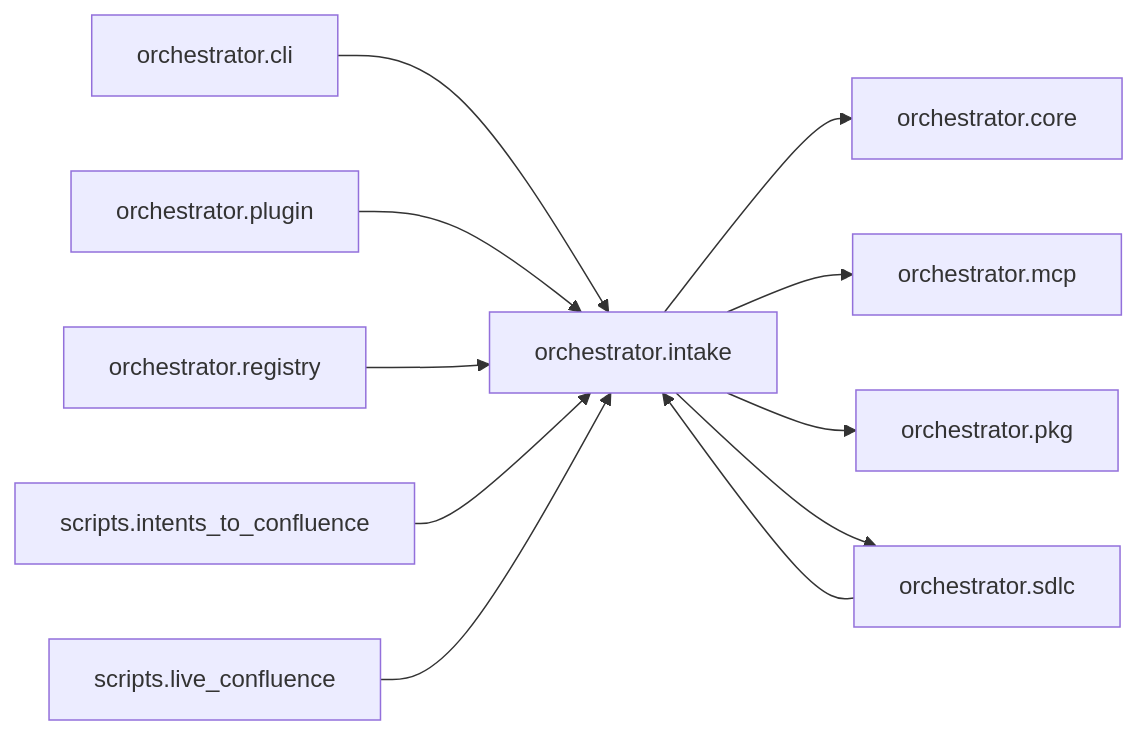
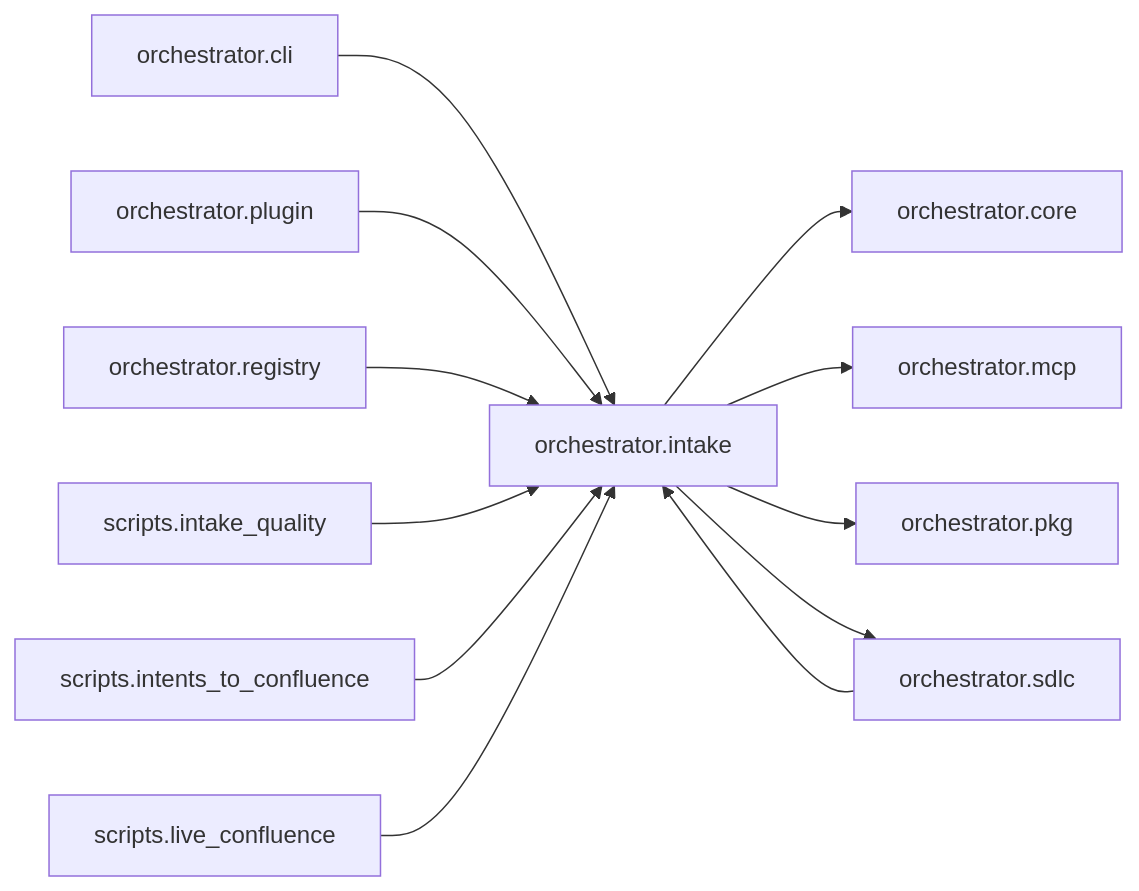
Before and after one commit to synaptixs/spine: the diagram in episteme/areas/orchestrator.intake.md, drawn with Mermaid. The commit also changed other lines of this file and 31 other files, not shown here.

````diff
--- a/episteme/areas/orchestrator.intake.md
+++ b/episteme/areas/orchestrator.intake.md
@@ -8,23 +8,25 @@
 ```mermaid
 flowchart LR
   n0["orchestrator.intake"]
   n1["orchestrator.cli"]
   n2["orchestrator.plugin"]
   n3["orchestrator.registry"]
   n4["orchestrator.sdlc"]
-  n5["scripts.intents_to_confluence"]
-  n6["scripts.live_confluence"]
-  n7["orchestrator.core"]
-  n8["orchestrator.mcp"]
-  n9["orchestrator.pkg"]
+  n5["scripts.intake_quality"]
+  n6["scripts.intents_to_confluence"]
+  n7["scripts.live_confluence"]
+  n8["orchestrator.core"]
+  n9["orchestrator.mcp"]
+  n10["orchestrator.pkg"]
   n1 --> n0
   n2 --> n0
   n3 --> n0
   n4 --> n0
   n5 --> n0
   n6 --> n0
-  n0 --> n7
+  n7 --> n0
   n0 --> n8
   n0 --> n9
+  n0 --> n10
   n0 --> n4
 ```
````
